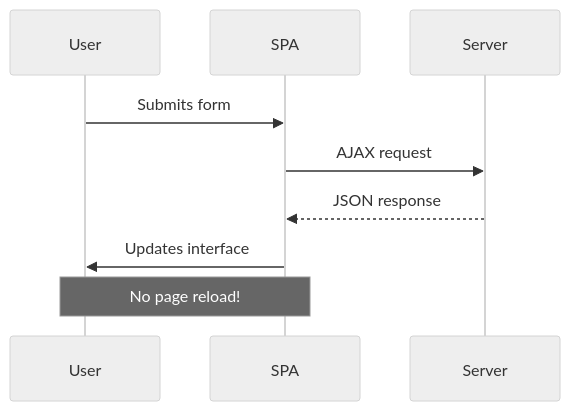
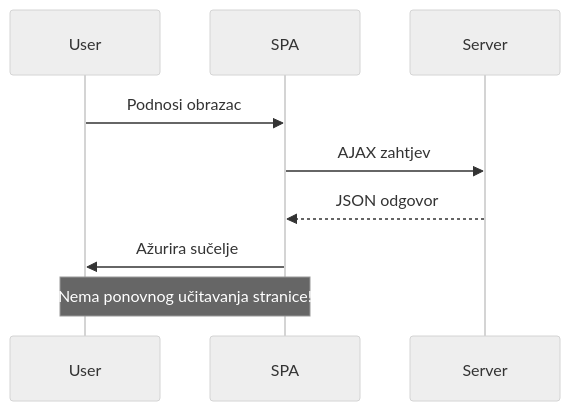
The fifth of 9 diagrams in translations/hr/7-bank-project/2-forms/README.md (microsoft/Web-Dev-For-Beginners), drawn with Mermaid (neutral theme) before and after one commit. The commit also changed other lines of this file and 41 other files, not shown here.

````diff
--- a/translations/hr/7-bank-project/2-forms/README.md
+++ b/translations/hr/7-bank-project/2-forms/README.md
@@ -326,13 +385,13 @@
 ```mermaid
 sequenceDiagram
     participant User
     participant SPA
     participant Server
     
-    User->>SPA: Submits form
-    SPA->>Server: AJAX request
-    Server-->>SPA: JSON response
-    SPA->>User: Updates interface
+    User->>SPA: Podnosi obrazac
+    SPA->>Server: AJAX zahtjev
+    Server-->>SPA: JSON odgovor
+    SPA->>User: Ažurira sučelje
     
-    Note over User,SPA: No page reload!
+    Note over User,SPA: Nema ponovnog učitavanja stranice!
 ```
````
